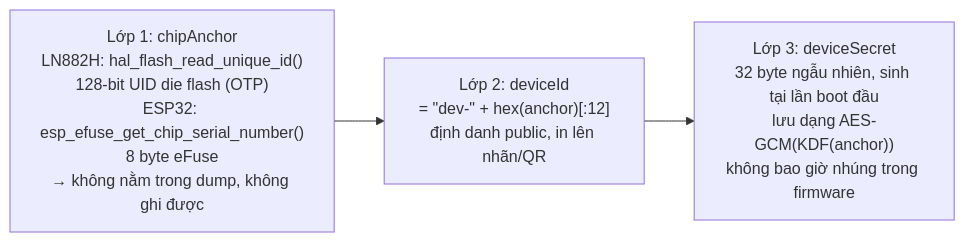
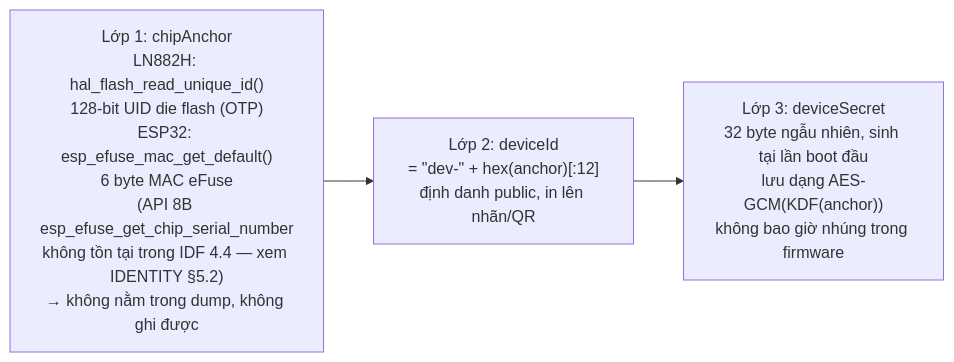
Before and after one commit to nndai/smart-home-platform: the second of 7 diagrams in docs/ECOSYSTEM_PLAN.md, drawn with Mermaid. The commit also changed other lines of this file and 2 other files, not shown here.

Commit message:
docs: ECOSYSTEM_PLAN — app điều khiển qua EF bridge (không MQTT trực tiếp); fix path web_debug/web

````diff
--- a/docs/ECOSYSTEM_PLAN.md
+++ b/docs/ECOSYSTEM_PLAN.md
@@ -38,6 +42,6 @@
 ```mermaid
 graph LR
-    A["Lớp 1: chipAnchor<br/>LN882H: hal_flash_read_unique_id()<br/>128-bit UID die flash (OTP)<br/>ESP32: esp_efuse_get_chip_serial_number()<br/>8 byte eFuse<br/>→ không nằm trong dump, không ghi được"] --> B
+    A["Lớp 1: chipAnchor<br/>LN882H: hal_flash_read_unique_id()<br/>128-bit UID die flash (OTP)<br/>ESP32: esp_efuse_mac_get_default()<br/>6 byte MAC eFuse<br/>(API 8B esp_efuse_get_chip_serial_number<br/>không tồn tại trong IDF 4.4 — xem IDENTITY §5.2)<br/>→ không nằm trong dump, không ghi được"] --> B
     B["Lớp 2: deviceId<br/>= &quot;dev-&quot; + hex(anchor)[:12]<br/>định danh public, in lên nhãn/QR"] --> C
     C["Lớp 3: deviceSecret<br/>32 byte ngẫu nhiên, sinh tại lần boot đầu<br/>lưu dạng AES-GCM(KDF(anchor))<br/>không bao giờ nhúng trong firmware"]
 ```
````
